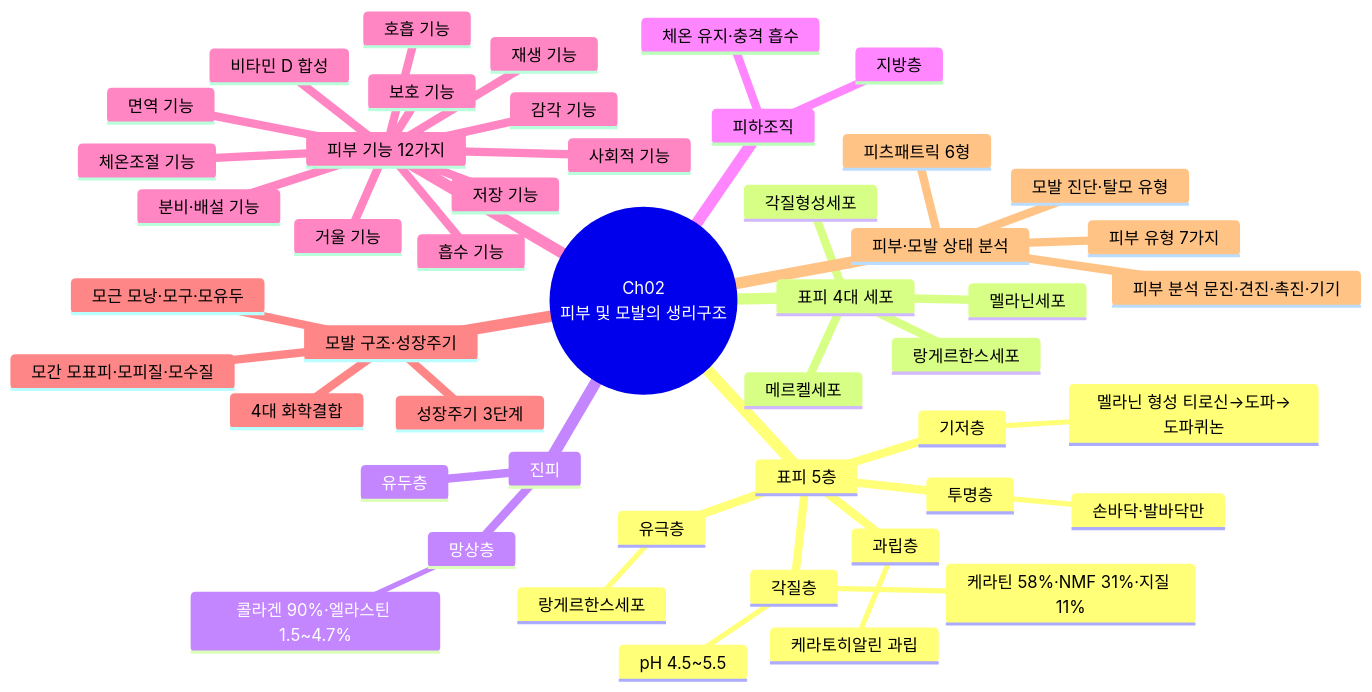
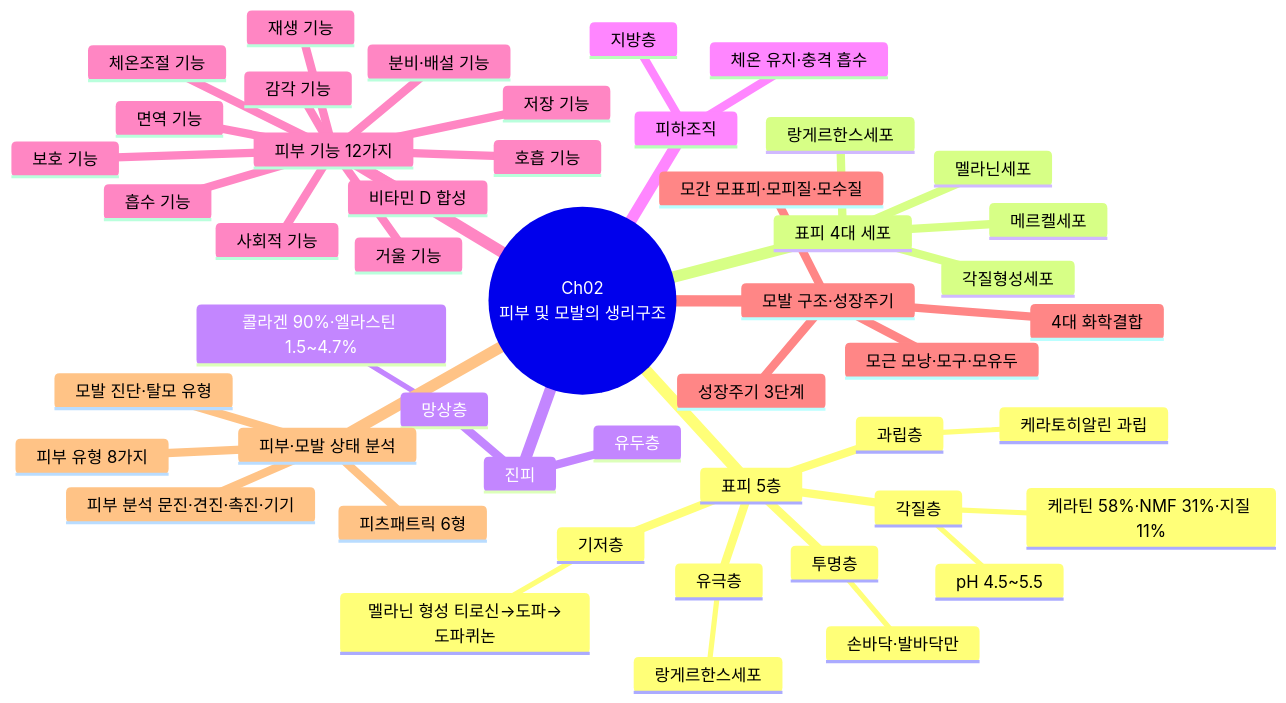
The third of 23 diagrams in content/교재/understanding/4과목_맞춤형화장품의이해_이야기형.md (skygoldlee-cyber/Personalized_Skincare), drawn with Mermaid before and after one commit. The commit also changed other lines of this file and 16 other files, not shown here.

````diff
--- a/content/교재/understanding/4과목_맞춤형화장품의이해_이야기형.md
+++ b/content/교재/understanding/4과목_맞춤형화장품의이해_이야기형.md
@@ -301,51 +301,51 @@
 ```mermaid
 mindmap
  root((Ch02<br/>피부 및 모발의 생리구조))
   표피 5층
    각질층
     케라틴 58%·NMF 31%·지질 11%
     pH 4.5~5.5
    투명층
     손바닥·발바닥만
    과립층
     케라토히알린 과립
    유극층
     랑게르한스세포
    기저층
     멜라닌 형성 티로신→도파→도파퀴논
   표피 4대 세포
    각질형성세포
    멜라닌세포
    랑게르한스세포
    메르켈세포
   진피
    유두층
    망상층
     콜라겐 90%·엘라스틴 1.5~4.7%
   피하조직
    지방층
    체온 유지·충격 흡수
   피부 기능 12가지
    보호 기능
    감각 기능
    체온조절 기능
    면역 기능
    비타민 D 합성
    흡수 기능
    분비·배설 기능
    호흡 기능
    저장 기능
    재생 기능
    거울 기능
    사회적 기능
   모발 구조·성장주기
    모간 모표피·모피질·모수질
    모근 모낭·모구·모유두
    4대 화학결합
    성장주기 3단계
   피부·모발 상태 분석
    피부 분석 문진·견진·촉진·기기
-   피부 유형 7가지
+   피부 유형 8가지
    피츠패트릭 6형
    모발 진단·탈모 유형
 ```
````
